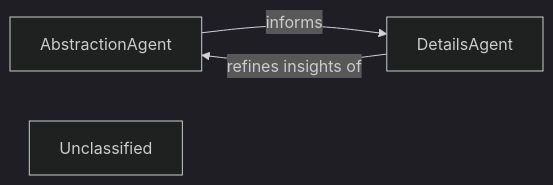
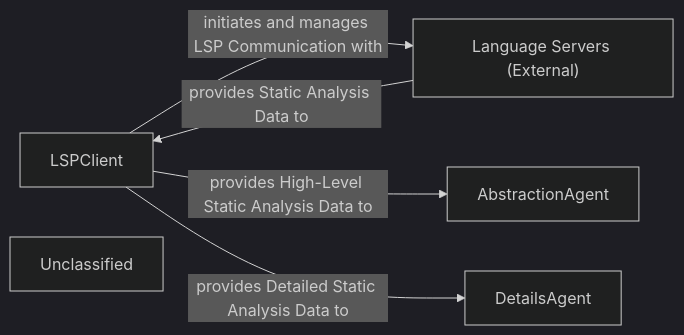
The diagram in .codeboarding/AI_Interpretation_Layer.md (CodeBoarding/CodeBoarding), drawn with Mermaid (dark theme) before and after one commit. The commit also changed other lines of this file and 19 other files, not shown here.

First line of the commit message:
docs: update codeboarding documentation and generate architecture

````diff
--- a/.codeboarding/AI_Interpretation_Layer.md
+++ b/.codeboarding/AI_Interpretation_Layer.md
@@ -1,8 +1,12 @@
 ```mermaid
 graph LR
+    LSPClient["LSPClient"]
     AbstractionAgent["AbstractionAgent"]
     DetailsAgent["DetailsAgent"]
+    Language_Servers_External_["Language Servers (External)"]
     Unclassified["Unclassified"]
-    AbstractionAgent -- "informs" --> DetailsAgent
-    DetailsAgent -- "refines insights of" --> AbstractionAgent
+    LSPClient -- "initiates and manages LSP Communication with" --> Language_Servers_External_
+    Language_Servers_External_ -- "provides Static Analysis Data to" --> LSPClient
+    LSPClient -- "provides High-Level Static Analysis Data to" --> AbstractionAgent
+    LSPClient -- "provides Detailed Static Analysis Data to" --> DetailsAgent
 ```
````
